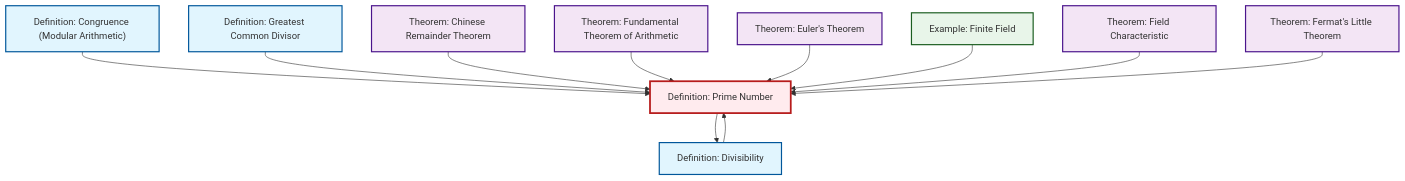
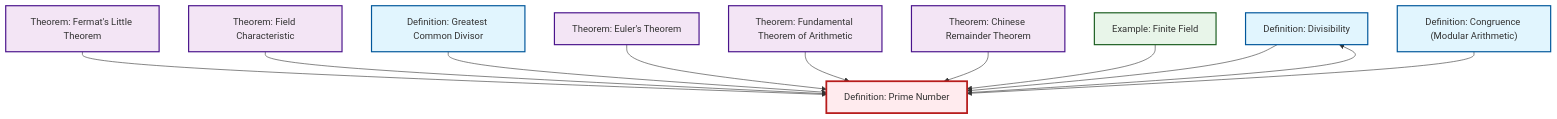
The diagram in content/ja/number-theory/def-prime.qmd (RK0429/ModernMath), drawn with Mermaid before and after one commit. The commit also changed other lines of this file and 619 other files, not shown here.

First line of the commit message:
feat: Add LCM (Least Common Multiple) definition with comprehensive cross-references

````diff
--- a/content/ja/number-theory/def-prime.qmd
+++ b/content/ja/number-theory/def-prime.qmd
@@ -56,39 +56,39 @@
 ```{mermaid}
 %%| fig-cap: "Local dependency graph"
 graph TD
     classDef definition fill:#e1f5fe,stroke:#01579b,stroke-width:2px
     classDef theorem fill:#f3e5f5,stroke:#4a148c,stroke-width:2px
     classDef axiom fill:#fff3e0,stroke:#e65100,stroke-width:2px
     classDef example fill:#e8f5e9,stroke:#1b5e20,stroke-width:2px
     classDef current fill:#ffebee,stroke:#b71c1c,stroke-width:3px
+    def-divisibility["Definition: Divisibility"]:::definition
+    def-congruence["Definition: Congruence (Modular Arithmetic)"]:::definition
+    def-gcd["Definition: Greatest Common Divisor"]:::definition
+    def-prime["Definition: Prime Number"]:::definition
     ex-finite-field["Example: Finite Field"]:::example
     thm-field-characteristic["Theorem: Field Characteristic"]:::theorem
     thm-fundamental-arithmetic["Theorem: Fundamental Theorem of Arithmetic"]:::theorem
     thm-euler["Theorem: Euler's Theorem"]:::theorem
-    def-gcd["Definition: Greatest Common Divisor"]:::definition
-    def-congruence["Definition: Congruence (Modular Arithmetic)"]:::definition
+    thm-chinese-remainder["Theorem: Chinese Remainder Theorem"]:::theorem
     thm-fermat-little["Theorem: Fermat's Little Theorem"]:::theorem
-    thm-chinese-remainder["Theorem: Chinese Remainder Theorem"]:::theorem
-    def-prime["Definition: Prime Number"]:::definition
-    def-divisibility["Definition: Divisibility"]:::definition
+    thm-fermat-little --> def-prime
     def-prime --> def-divisibility
-    def-congruence --> def-prime
+    thm-field-characteristic --> def-prime
     def-gcd --> def-prime
+    thm-euler --> def-prime
+    thm-fundamental-arithmetic --> def-prime
     thm-chinese-remainder --> def-prime
-    thm-fundamental-arithmetic --> def-prime
-    thm-euler --> def-prime
     def-divisibility --> def-prime
     ex-finite-field --> def-prime
-    thm-field-characteristic --> def-prime
-    thm-fermat-little --> def-prime
+    def-congruence --> def-prime
     class def-prime current
+    click def-divisibility "def-divisibility.html" "Definition: Divisibilityへ"
+    click def-congruence "def-congruence.html" "Definition: Congruence (Modular Arithmetic)へ"
+    click def-gcd "def-gcd.html" "Definition: Greatest Common Divisorへ"
     click ex-finite-field "ex-finite-field.html" "Example: Finite Fieldへ"
     click thm-field-characteristic "thm-field-characteristic.html" "Theorem: Field Characteristicへ"
     click thm-fundamental-arithmetic "thm-fundamental-arithmetic.html" "Theorem: Fundamental Theorem of Arithmeticへ"
     click thm-euler "thm-euler.html" "Theorem: Euler's Theoremへ"
-    click def-gcd "def-gcd.html" "Definition: Greatest Common Divisorへ"
-    click def-congruence "def-congruence.html" "Definition: Congruence (Modular Arithmetic)へ"
+    click thm-chinese-remainder "thm-chinese-remainder.html" "Theorem: Chinese Remainder Theoremへ"
     click thm-fermat-little "thm-fermat-little.html" "Theorem: Fermat's Little Theoremへ"
-    click thm-chinese-remainder "thm-chinese-remainder.html" "Theorem: Chinese Remainder Theoremへ"
-    click def-divisibility "def-divisibility.html" "Definition: Divisibilityへ"
 ```
````
